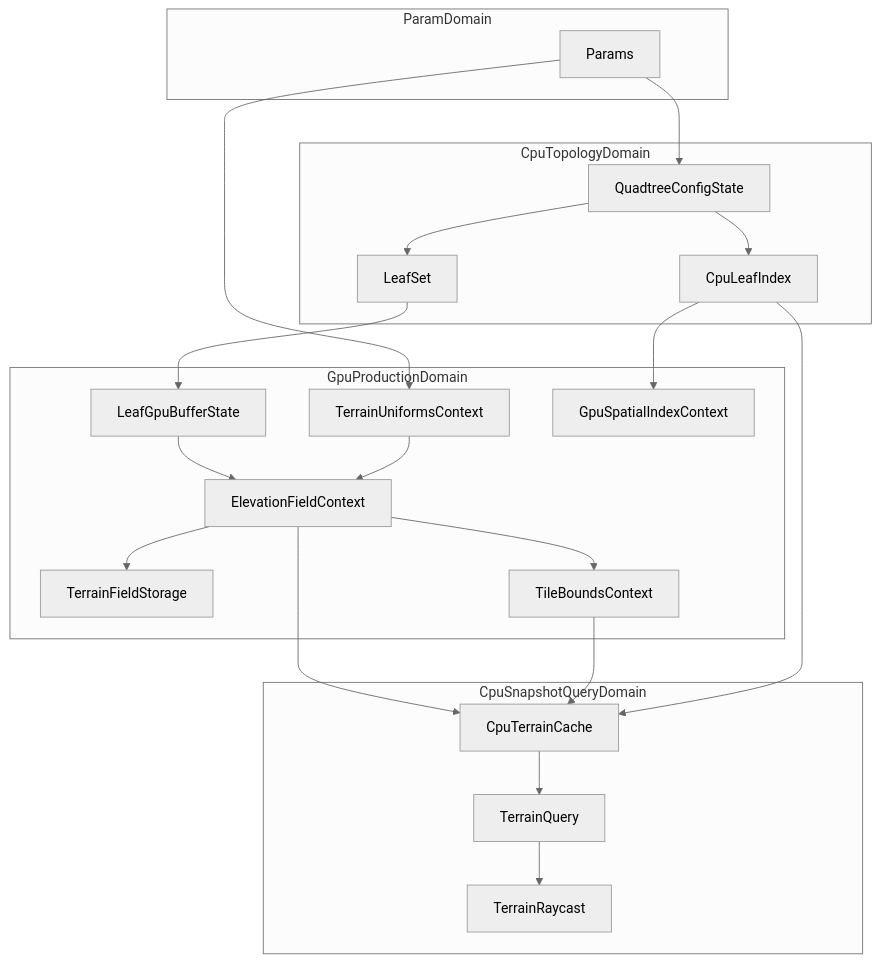
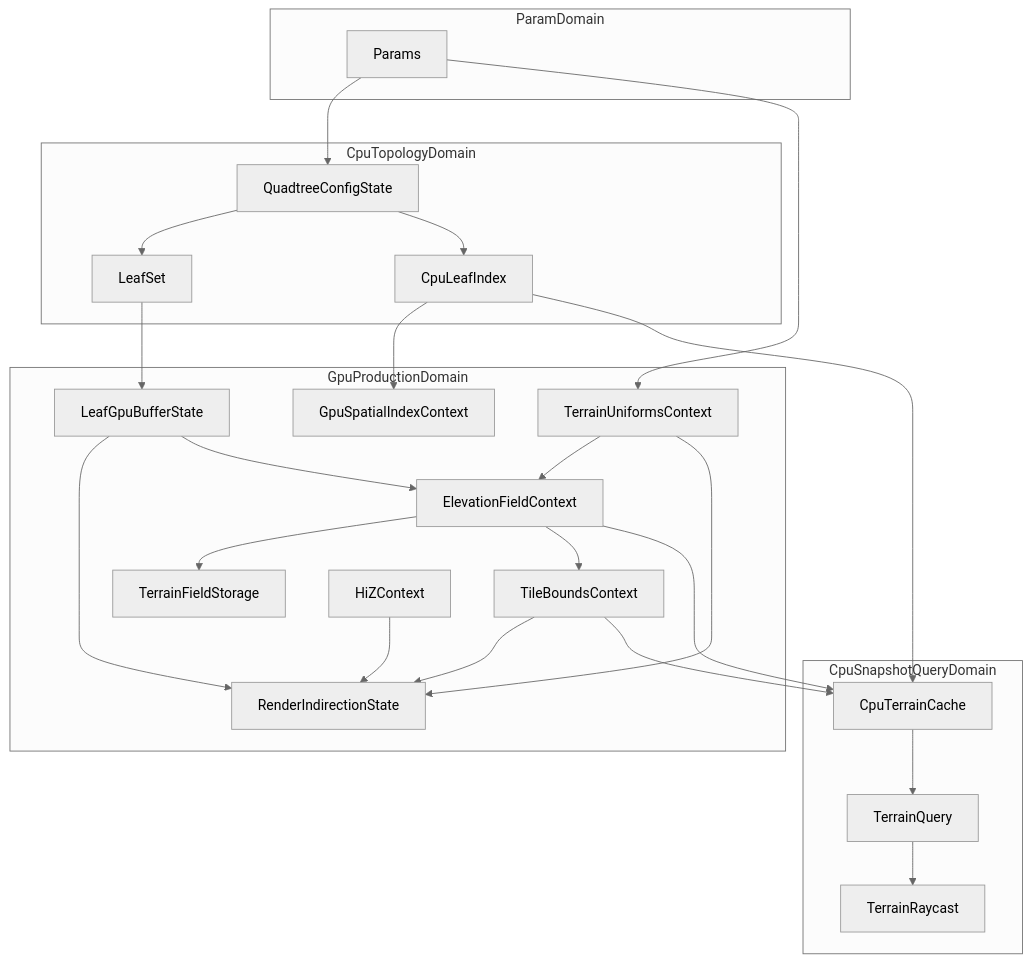
One commit to kenjinp/hello-terrain changed the diagram in packages/three/spec/terrain-data-model.md. Above: the diagram before and after it, drawn with Mermaid (neutral theme). The commit also changed other lines of this file and 30 other files, not shown here.

````diff
--- a/packages/three/spec/terrain-data-model.md
+++ b/packages/three/spec/terrain-data-model.md
@@ -137,45 +158,51 @@
 ```mermaid
 flowchart TD
   subgraph paramsDomain [ParamDomain]
     params[Params]
   end
 
   subgraph cpuTopology [CpuTopologyDomain]
     quadtreeConfig[QuadtreeConfigState]
     leafSet[LeafSet]
     cpuLeafIndex[CpuLeafIndex]
   end
 
   subgraph gpuDomain [GpuProductionDomain]
     leafGpu[LeafGpuBufferState]
     uniforms[TerrainUniformsContext]
     elevationField[ElevationFieldContext]
     terrainField[TerrainFieldStorage]
     gpuIndex[GpuSpatialIndexContext]
     tileBounds[TileBoundsContext]
+    renderIndirection[RenderIndirectionState]
+    hiZ[HiZContext]
   end
 
   subgraph cpuQuery [CpuSnapshotQueryDomain]
     cache[CpuTerrainCache]
     query[TerrainQuery]
     raycast[TerrainRaycast]
   end
 
   params --> quadtreeConfig
   quadtreeConfig --> leafSet
   quadtreeConfig --> cpuLeafIndex
   leafSet --> leafGpu
   cpuLeafIndex --> gpuIndex
+  leafGpu --> renderIndirection
+  tileBounds --> renderIndirection
 
   params --> uniforms
   leafGpu --> elevationField
   uniforms --> elevationField
   elevationField --> terrainField
   elevationField --> tileBounds
+  uniforms --> renderIndirection
+  hiZ --> renderIndirection
 
   elevationField --> cache
   tileBounds --> cache
   cpuLeafIndex --> cache
   cache --> query
   query --> raycast
 ```
````
